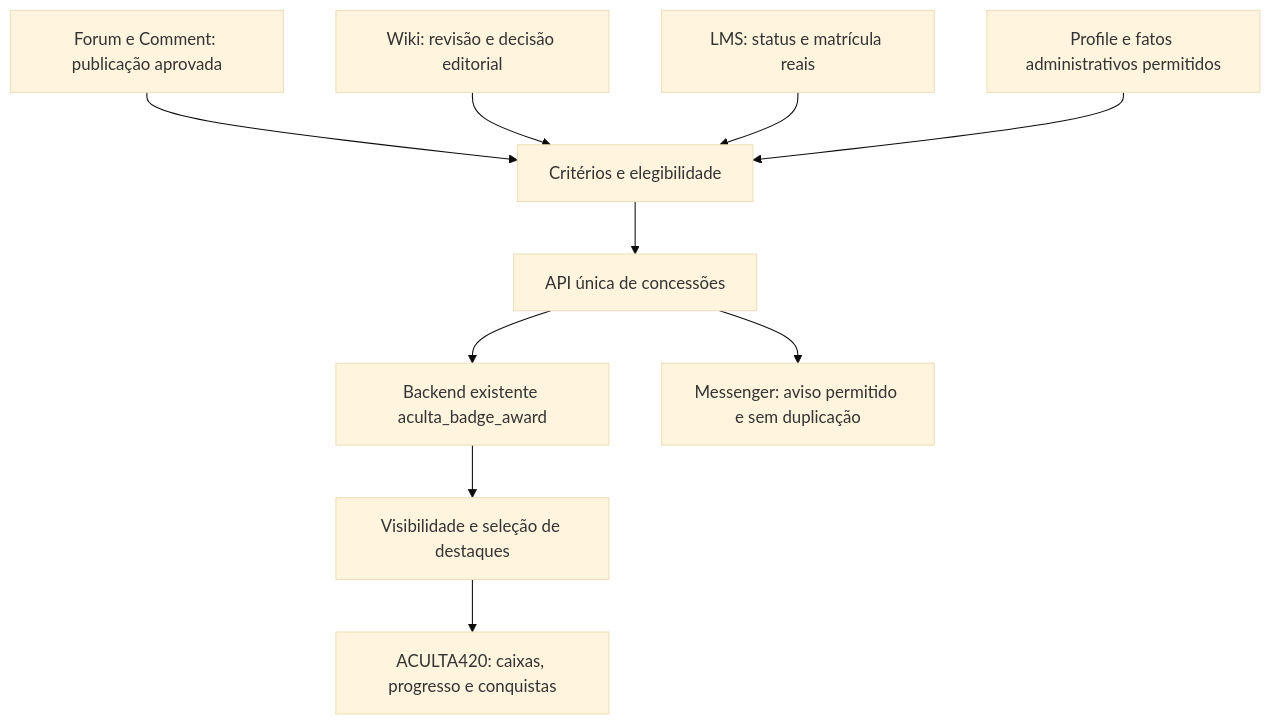
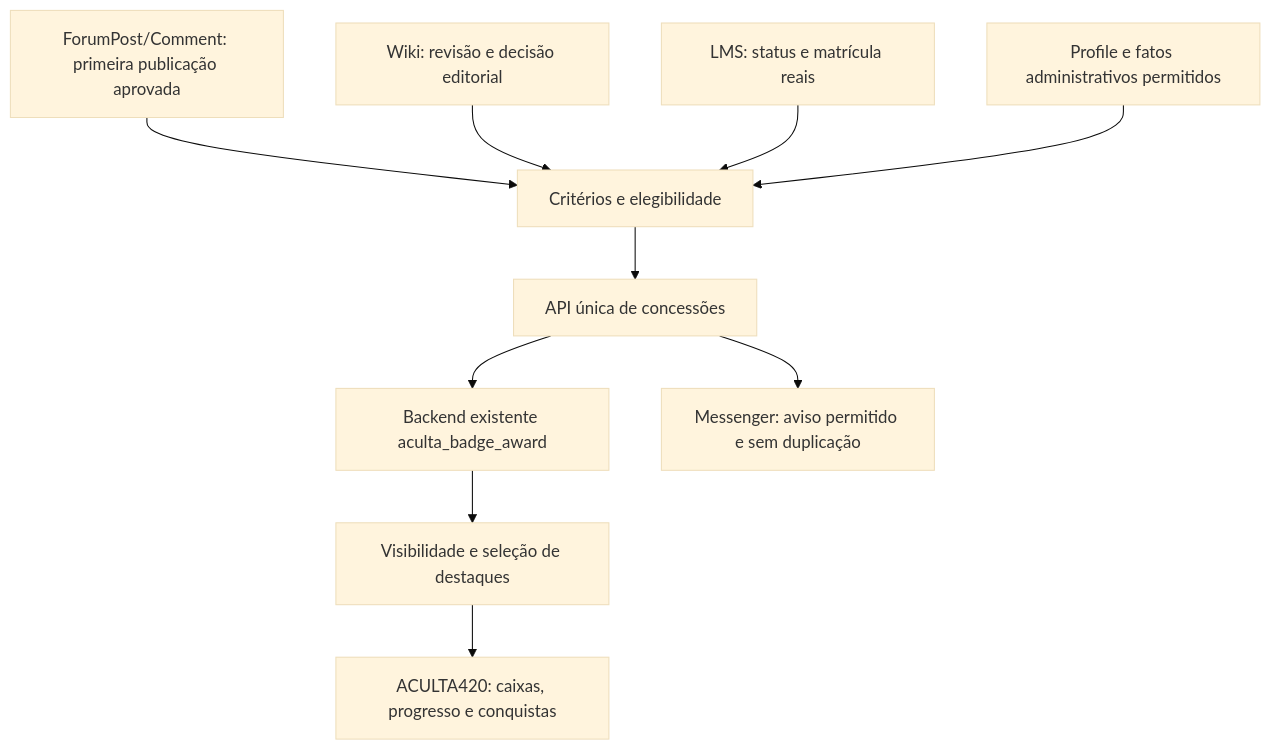
One commit to coletivo420/aculta changed the diagram in web/modules/custom/aculta_portal/modules/aculta_game/docs/ARQUITETURA.md. Above: the diagram before and after it, drawn with Mermaid (base theme). The commit also changed other lines of this file and 16 other files, not shown here.

Commit message:
feat(game): award first badge for published ForumPost

````diff
--- a/web/modules/custom/aculta_portal/modules/aculta_game/docs/ARQUITETURA.md
+++ b/web/modules/custom/aculta_portal/modules/aculta_game/docs/ARQUITETURA.md
@@ -9,12 +9,12 @@
 ```mermaid
 flowchart TD
-  F[Forum e Comment: publicação aprovada] --> C[Critérios e elegibilidade]
+  F[ForumPost/Comment: primeira publicação aprovada] --> C[Critérios e elegibilidade]
   W[Wiki: revisão e decisão editorial] --> C
   L[LMS: status e matrícula reais] --> C
   P[Profile e fatos administrativos permitidos] --> C
   C --> A[API única de concessões]
   A --> B[Backend existente aculta_badge_award]
   A --> M[Messenger: aviso permitido e sem duplicação]
   B --> V[Visibilidade e seleção de destaques]
   V --> T[ACULTA420: caixas, progresso e conquistas]
 ```
````
